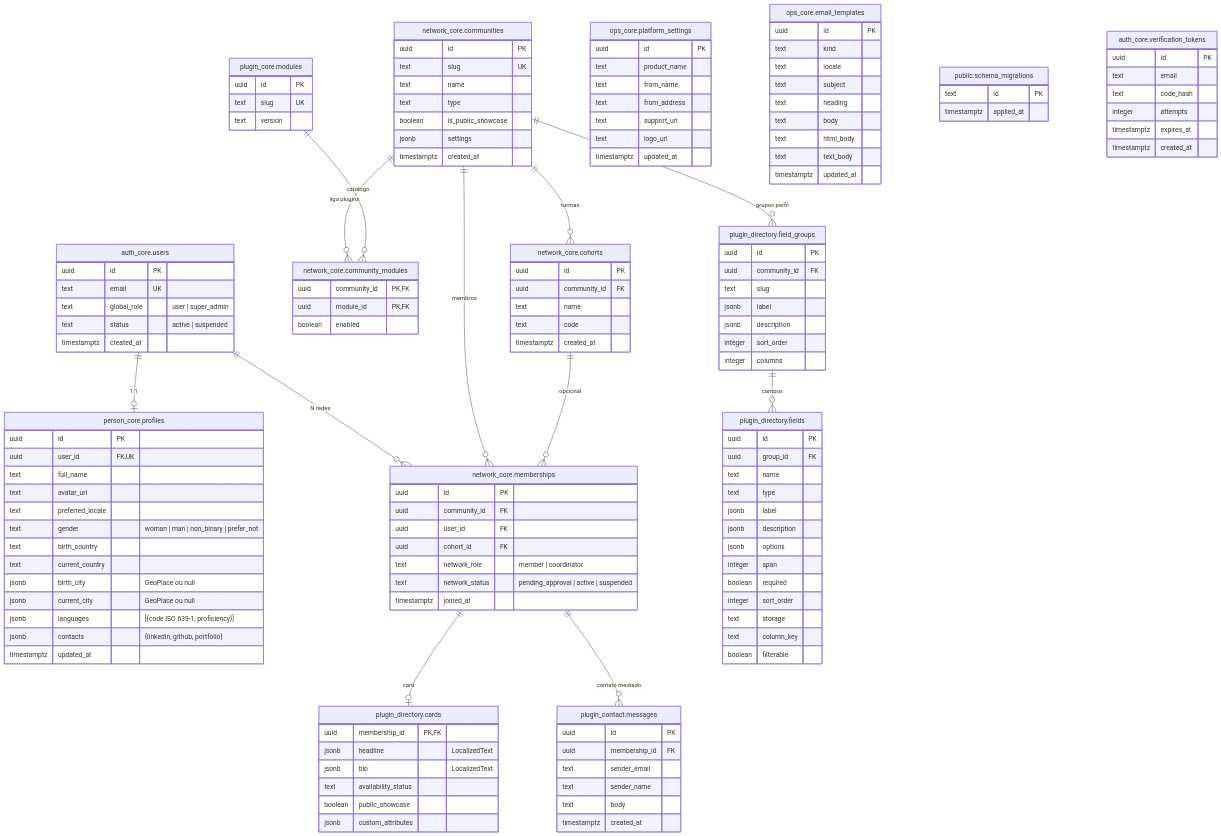
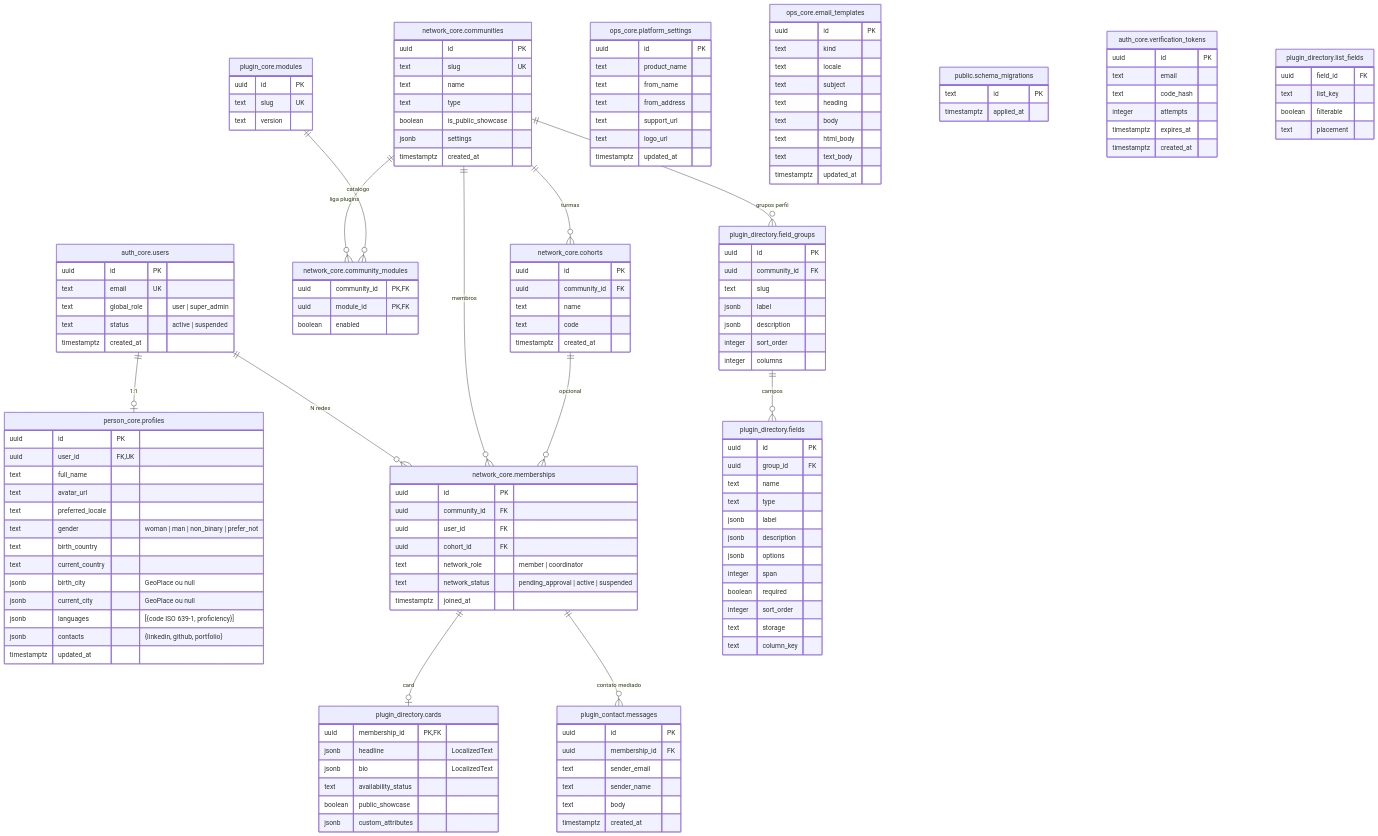
The diagram in docs/architecture/diagrams/alumni-database.md (colabcolibri/comuna), drawn with Mermaid before and after one commit. The commit also changed 73 other files, not shown here.

First line of the commit message:
feat(admin): configure directory and showcase list fields

```diff
--- a/docs/architecture/diagrams/alumni-database.md
+++ b/docs/architecture/diagrams/alumni-database.md
@@ -154,7 +154,13 @@
         integer sort_order
         text storage
         text column_key
+    }
+
+    "plugin_directory.list_fields" {
+        uuid field_id FK
+        text list_key
         boolean filterable
+        text placement
     }
 
     "plugin_contact.messages" {
```
